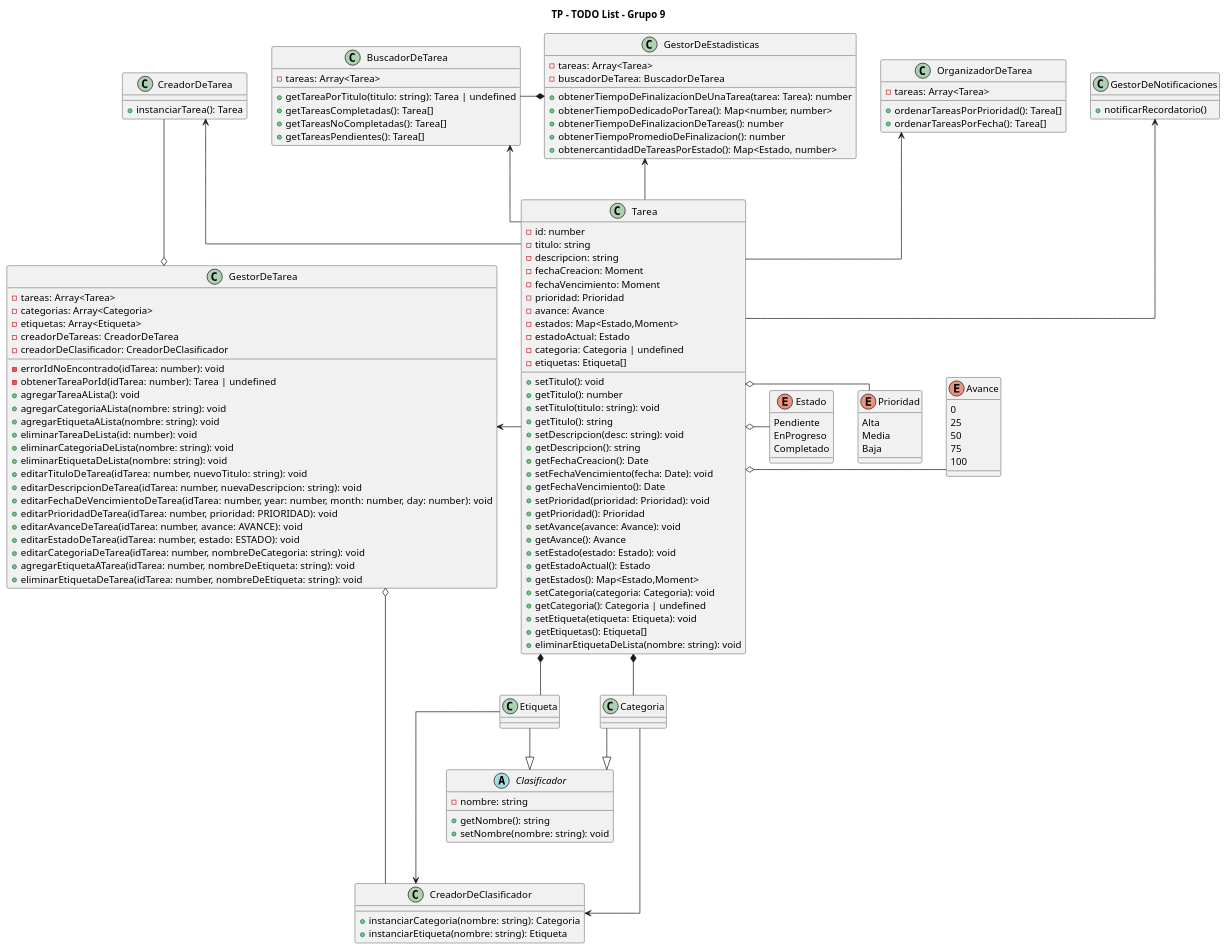
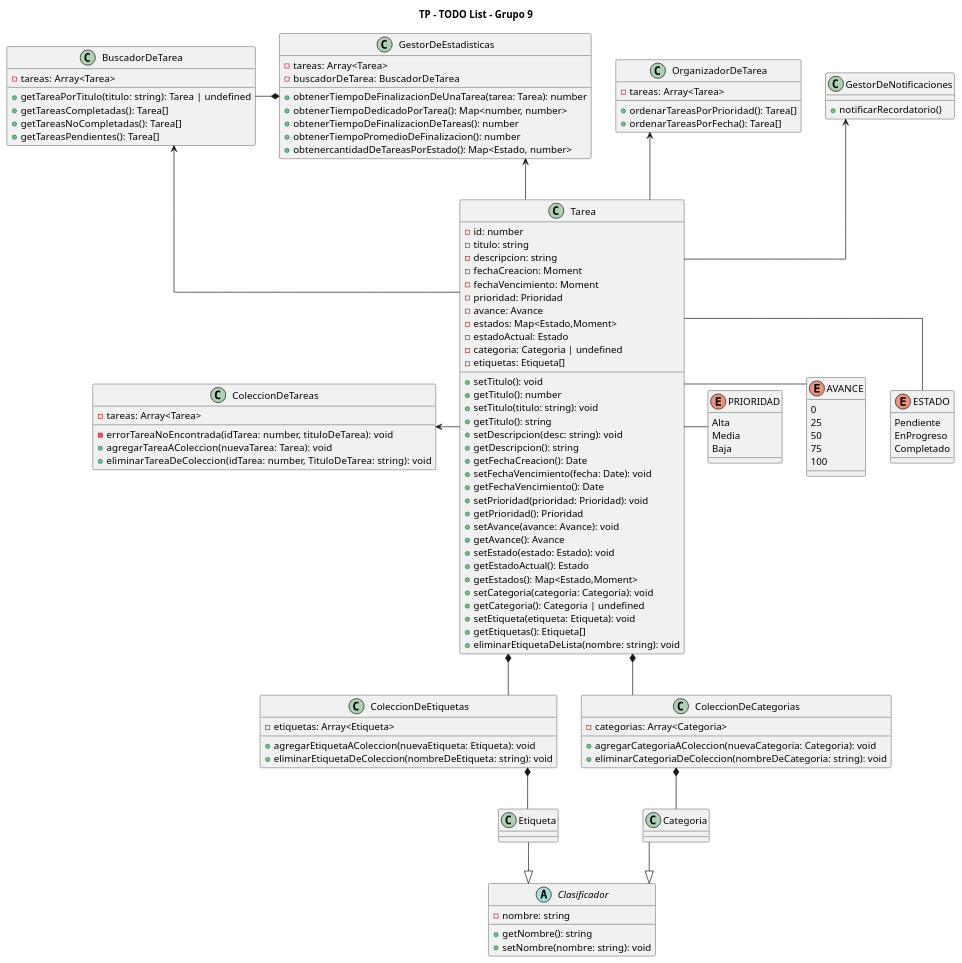
One commit to FrancisLuna/ToDo-POO-Grupo-9 changed the diagram in Diagrama/diagrama.puml. Above: the diagram before and after it, drawn with PlantUML. The commit also changed 17 other files, not shown here.

```diff
--- a/Diagrama/diagrama.puml
+++ b/Diagrama/diagrama.puml
@@ -1,157 +1,137 @@
 @startuml ToDoList
 
 title TP - TODO List - Grupo 9
 skinparam lineType ortho
 
 class Tarea{
    - id: number
    - titulo: string
    - descripcion: string
    - fechaCreacion: Moment
    - fechaVencimiento: Moment
    - prioridad: Prioridad
    - avance: Avance
    - estados: Map<Estado,Moment>
    - estadoActual: Estado
    - categoria: Categoria | undefined
    - etiquetas: Etiqueta[]
     
     + setTitulo(): void
     + getTitulo(): number
     + setTitulo(titulo: string): void
     + getTitulo(): string
     + setDescripcion(desc: string): void
     + getDescripcion(): string
     + getFechaCreacion(): Date
     + setFechaVencimiento(fecha: Date): void
     + getFechaVencimiento(): Date
     + setPrioridad(prioridad: Prioridad): void
     + getPrioridad(): Prioridad
     + setAvance(avance: Avance): void
     + getAvance(): Avance
     + setEstado(estado: Estado): void
     + getEstadoActual(): Estado
     + getEstados(): Map<Estado,Moment>
     + setCategoria(categoria: Categoria): void
     + getCategoria(): Categoria | undefined
     + setEtiqueta(etiqueta: Etiqueta): void
     + getEtiquetas(): Etiqueta[]
     + eliminarEtiquetaDeLista(nombre: string): void
 }
 
-class CreadorDeTarea{
-    + instanciarTarea(): Tarea
+class ColeccionDeTareas{
+    - tareas: Array<Tarea>
+    - errorTareaNoEncontrada(idTarea: number, tituloDeTarea): void
+    + agregarTareaAColeccion(nuevaTarea: Tarea): void
+    + eliminarTareaDeColeccion(idTarea: number, TituloDeTarea: string): void
 }
 
-class GestorDeTarea{
-    - tareas: Array<Tarea>
+class ColeccionDeEtiquetas{
+    - etiquetas: Array<Etiqueta>
+    + agregarEtiquetaAColeccion(nuevaEtiqueta: Etiqueta): void
+    + eliminarEtiquetaDeColeccion(nombreDeEtiqueta: string): void
+}
+
+class ColeccionDeCategorias{
     - categorias: Array<Categoria>
-    - etiquetas: Array<Etiqueta>
-    - creadorDeTareas: CreadorDeTarea
-    - creadorDeClasificador: CreadorDeClasificador
-
-    - errorIdNoEncontrado(idTarea: number): void
-    - obtenerTareaPorId(idTarea: number): Tarea | undefined
-    + agregarTareaALista(): void
-    + agregarCategoriaALista(nombre: string): void
-    + agregarEtiquetaALista(nombre: string): void
-    + eliminarTareaDeLista(id: number): void
-    + eliminarCategoriaDeLista(nombre: string): void
-    + eliminarEtiquetaDeLista(nombre: string): void
-    + editarTituloDeTarea(idTarea: number, nuevoTitulo: string): void
-    + editarDescripcionDeTarea(idTarea: number, nuevaDescripcion: string): void
-    + editarFechaDeVencimientoDeTarea(idTarea: number, year: number, month: number, day: number): void
-    + editarPrioridadDeTarea(idTarea: number, prioridad: PRIORIDAD): void
-    + editarAvanceDeTarea(idTarea: number, avance: AVANCE): void
-    + editarEstadoDeTarea(idTarea: number, estado: ESTADO): void
-    + editarCategoriaDeTarea(idTarea: number, nombreDeCategoria: string): void
-    + agregarEtiquetaATarea(idTarea: number, nombreDeEtiqueta: string): void
-    + eliminarEtiquetaDeTarea(idTarea: number, nombreDeEtiqueta: string): void
+    + agregarCategoriaAColeccion(nuevaCategoria: Categoria): void
+    + eliminarCategoriaDeColeccion(nombreDeCategoria: string): void
 }
 
 class BuscadorDeTarea{
     - tareas: Array<Tarea>
 
     + getTareaPorTitulo(titulo: string): Tarea | undefined
     + getTareasCompletadas(): Tarea[]
     + getTareasNoCompletadas(): Tarea[]
     + getTareasPendientes(): Tarea[]
 }
 
 class OrganizadorDeTarea{
     - tareas: Array<Tarea>
 
     + ordenarTareasPorPrioridad(): Tarea[]
     + ordenarTareasPorFecha(): Tarea[]
 }
 
 class GestorDeEstadisticas{
     - tareas: Array<Tarea>
     - buscadorDeTarea: BuscadorDeTarea
 
     + obtenerTiempoDeFinalizacionDeUnaTarea(tarea: Tarea): number
     + obtenerTiempoDedicadoPorTarea(): Map<number, number>
     + obtenerTiempoDeFinalizacionDeTareas(): number
     + obtenerTiempoPromedioDeFinalizacion(): number
     + obtenercantidadDeTareasPorEstado(): Map<Estado, number>
 }
 
 class GestorDeNotificaciones{
     + notificarRecordatorio()
 }
 
 abstract class Clasificador{
     - nombre: string
 
     + getNombre(): string
     + setNombre(nombre: string): void
 }
 
 class Categoria {}
 class Etiqueta {}
 
-class CreadorDeClasificador{
-    + instanciarCategoria(nombre: string): Categoria
-    + instanciarEtiqueta(nombre: string): Etiqueta
-}
-
-ENUM Estado{
+ENUM ESTADO{
     Pendiente
     EnProgreso
     Completado
 }
 
-ENUM Avance{
+ENUM AVANCE{
     0
     25
     50
     75
     100
 }
 
-ENUM Prioridad{
+ENUM PRIORIDAD{
     Alta
     Media
     Baja
 }
 
 GestorDeEstadisticas <-- Tarea
 GestorDeNotificaciones <-- Tarea
 OrganizadorDeTarea <-- Tarea
 BuscadorDeTarea <-- Tarea
-CreadorDeTarea <-- Tarea
-GestorDeTarea <-right- Tarea
-GestorDeTarea o-up-CreadorDeTarea
-GestorDeTarea o-- CreadorDeClasificador
-Tarea *-- Categoria
-Tarea *-- Etiqueta
+Tarea *-- ColeccionDeCategorias
+Tarea *-- ColeccionDeEtiquetas
+Tarea -left-> ColeccionDeTareas
+ColeccionDeCategorias *-- Categoria
+ColeccionDeEtiquetas *-- Etiqueta
 Categoria --|> Clasificador
 Etiqueta --|> Clasificador
-Categoria --> CreadorDeClasificador
-Etiqueta --> CreadorDeClasificador
-Clasificador -[hidden]- CreadorDeClasificador
-Tarea o-right- Estado
-Tarea o-right- Avance
-Tarea o-right- Prioridad
+Tarea -right- ESTADO
+Tarea -right- AVANCE
+Tarea -right- PRIORIDAD
 GestorDeEstadisticas *-left- BuscadorDeTarea
 @enduml
```
